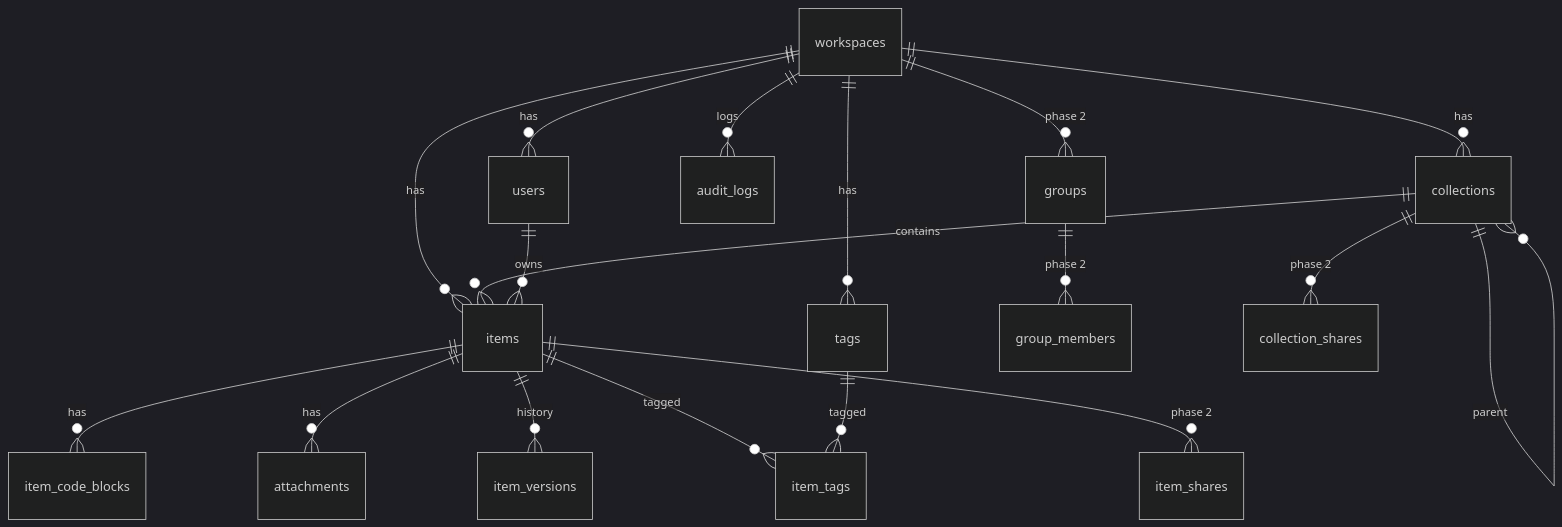
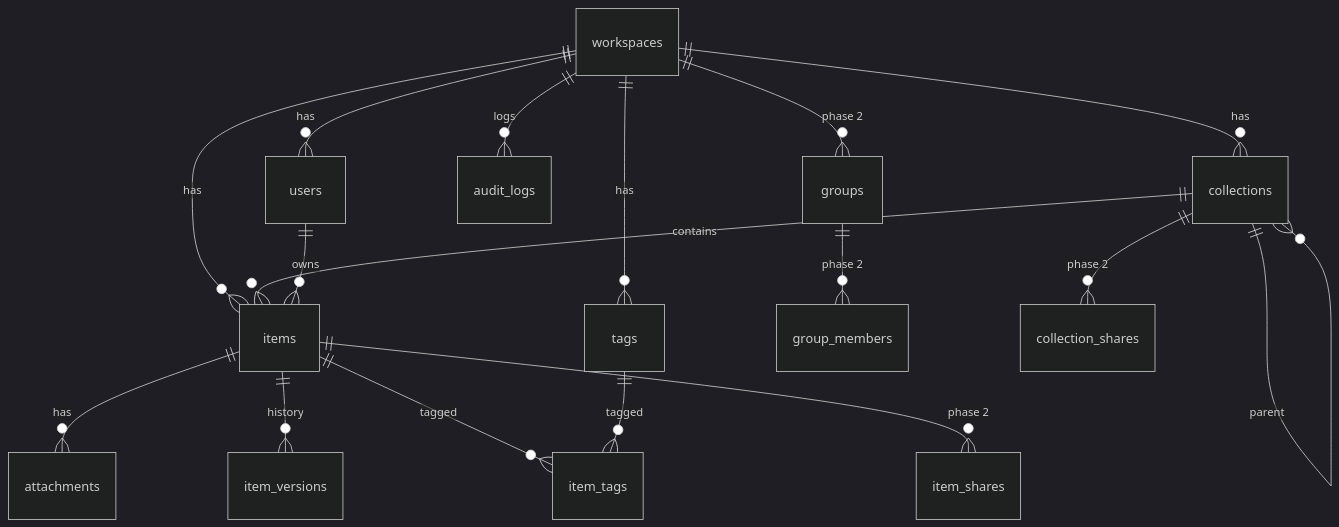
One commit to patomp3/DevInventory changed the second of 2 diagrams in docs/design.md. Above: the diagram before and after it, drawn with Mermaid (dark theme). The commit also changed other lines of this file and 43 other files, not shown here.

First line of the commit message:
Week 4 + D22: single Note item with kinds labels, Markdown code fences, tags

````diff
--- a/docs/design.md
+++ b/docs/design.md
@@ -202,20 +204,19 @@
 ```mermaid
 erDiagram
   workspaces ||--o{ users : has
   workspaces ||--o{ collections : has
   workspaces ||--o{ items : has
   workspaces ||--o{ tags : has
   collections ||--o{ collections : parent
   collections ||--o{ items : contains
   users ||--o{ items : owns
-  items ||--o{ item_code_blocks : has
   items ||--o{ attachments : has
   items ||--o{ item_versions : history
   items ||--o{ item_tags : tagged
   tags ||--o{ item_tags : tagged
   workspaces ||--o{ audit_logs : logs
   workspaces ||--o{ groups : "phase 2"
   groups ||--o{ group_members : "phase 2"
   items ||--o{ item_shares : "phase 2"
   collections ||--o{ collection_shares : "phase 2"
 ```
````
